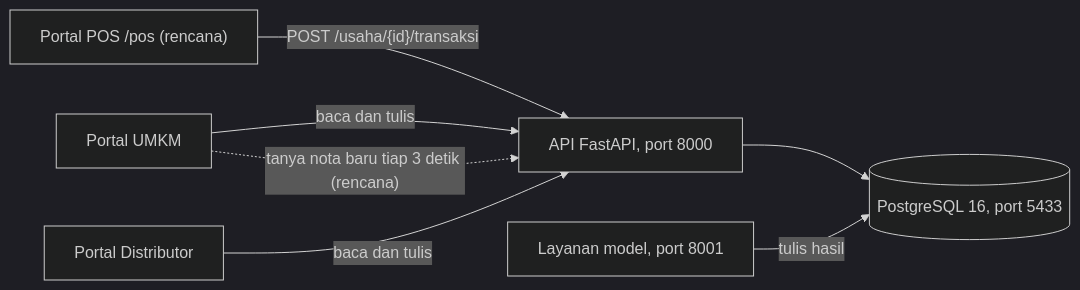
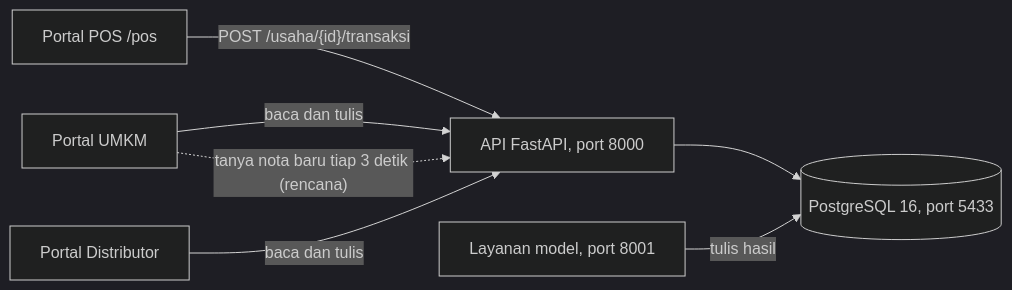
Before and after one commit to YonoBengkel/Warungku: the diagram in ARCHITECTURE.md, drawn with Mermaid (dark theme). The commit also changed other lines of this file and 17 other files, not shown here.

First line of the commit message:
feat: Portal POS tahap 1 - layar kasir, menu dan harga dari Portal UMKM

````diff
--- a/ARCHITECTURE.md
+++ b/ARCHITECTURE.md
@@ -8,9 +8,9 @@
 ```mermaid
 flowchart LR
-    pos["Portal POS /pos (rencana)"] -- "POST /usaha/{id}/transaksi" --> api
+    pos["Portal POS /pos"] -- "POST /usaha/{id}/transaksi" --> api
     umkm["Portal UMKM"] -- "baca dan tulis" --> api
     dist["Portal Distributor"] -- "baca dan tulis" --> api
     umkm -. "tanya nota baru tiap 3 detik (rencana)" .-> api
     api["API FastAPI, port 8000"] --> db[("PostgreSQL 16, port 5433")]
     ml["Layanan model, port 8001"] -- "tulis hasil" --> db
 ```
````
